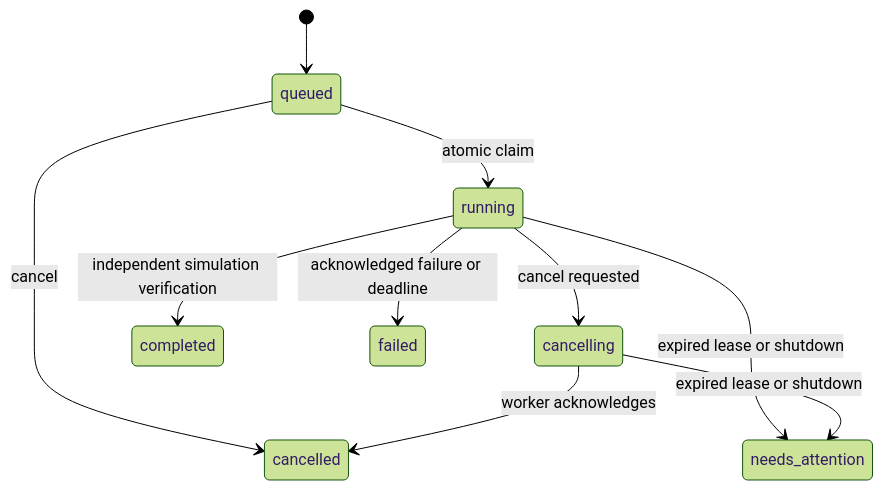
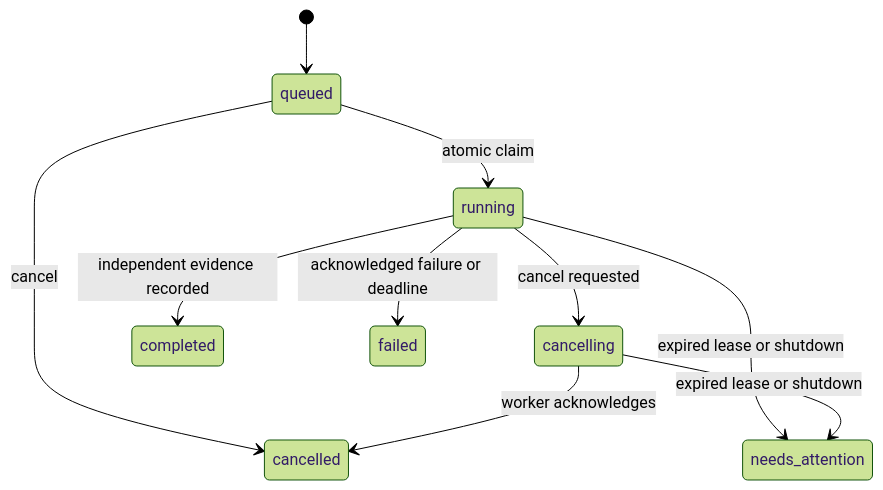
The second of 2 diagrams in ARCHITECTURE.md (GregPat22/argent), drawn with Mermaid (forest theme) before and after one commit. The commit also changed other lines of this file and 39 other files, not shown here.

````diff
--- a/ARCHITECTURE.md
+++ b/ARCHITECTURE.md
@@ -52,12 +54,12 @@
 ```mermaid
 stateDiagram-v2
   [*] --> queued
   queued --> running: atomic claim
   queued --> cancelled: cancel
   running --> cancelling: cancel requested
   cancelling --> cancelled: worker acknowledges
-  running --> completed: independent simulation verification
+  running --> completed: independent evidence recorded
   running --> failed: acknowledged failure or deadline
   running --> needs_attention: expired lease or shutdown
   cancelling --> needs_attention: expired lease or shutdown
 ```
````
